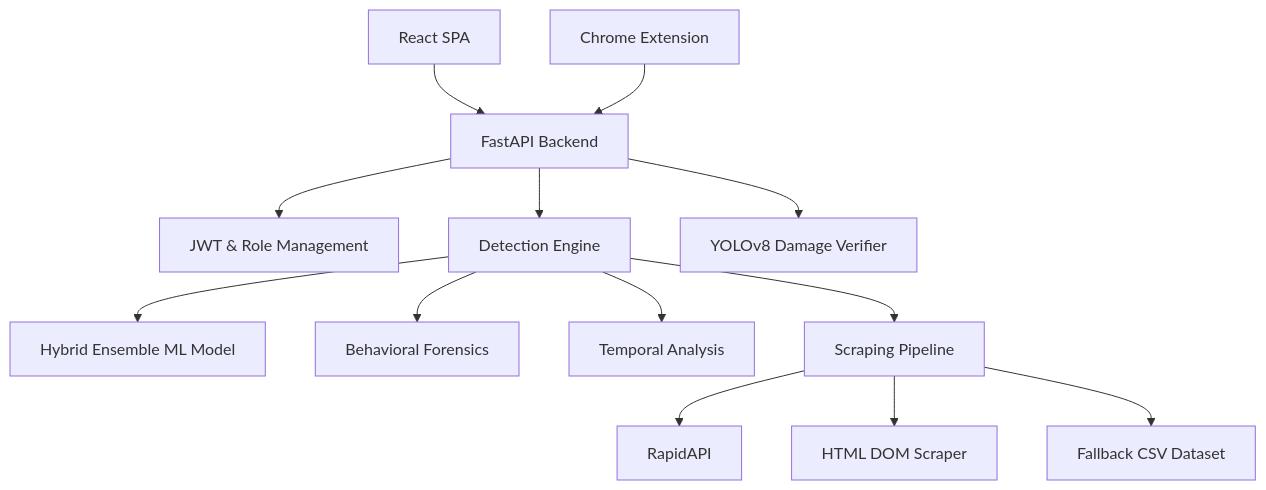
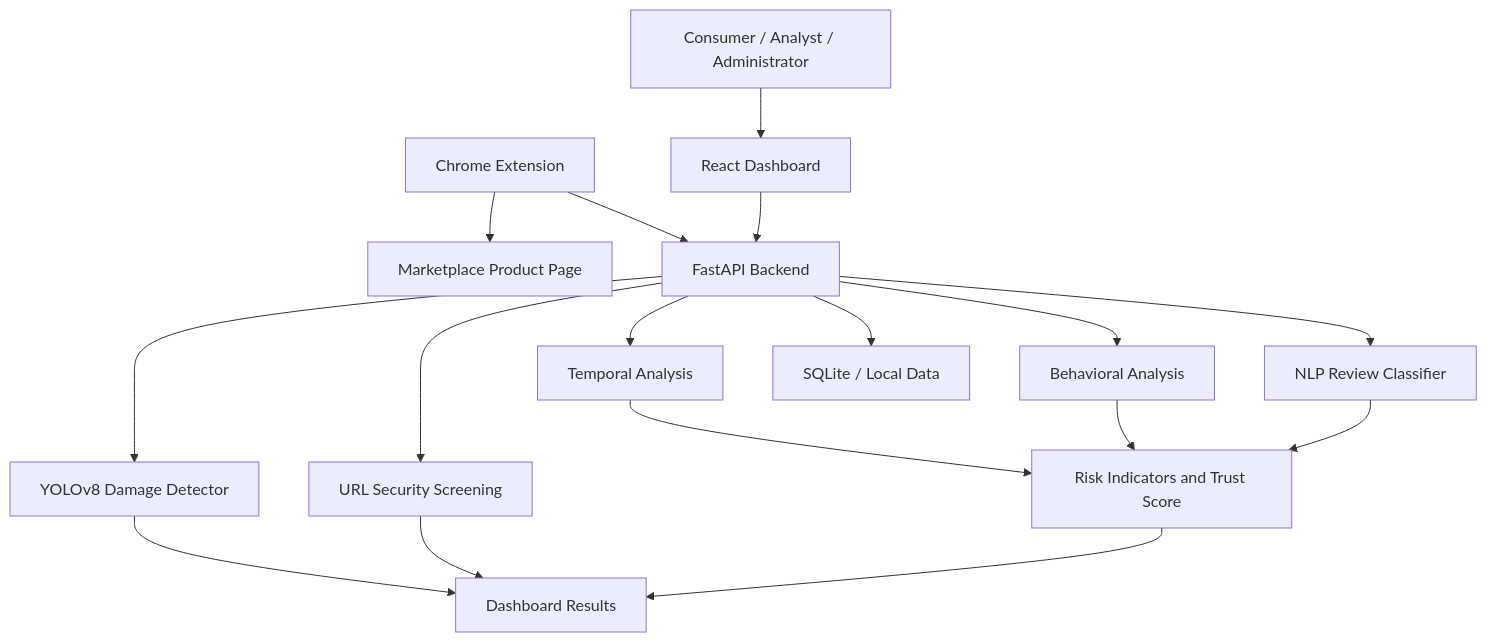
The diagram in README.md (SujalBandre/TrustGuard-AI), drawn with Mermaid before and after one commit. The commit also changed other lines of this file, not shown here.

````diff
--- a/README.md
+++ b/README.md
@@ -33,17 +126,23 @@
 ```mermaid
-graph TD
-    Client[React SPA] --> API[FastAPI Backend]
-    Ext[Chrome Extension] --> API
-    API --> Auth[JWT & Role Management]
-    API --> DetectionEngine[Detection Engine]
-    API --> DamageDetector[YOLOv8 Damage Verifier]
-    
-    DetectionEngine --> NLP[Hybrid Ensemble ML Model]
-    DetectionEngine --> Behavioral[Behavioral Forensics]
-    DetectionEngine --> Temporal[Temporal Analysis]
-    
-    DetectionEngine --> Scraper[Scraping Pipeline]
-    Scraper --> RapidAPI[RapidAPI]
-    Scraper --> Cloudscraper[HTML DOM Scraper]
-    Scraper --> Dataset[Fallback CSV Dataset]
+flowchart TD
+    A[Consumer / Analyst / Administrator] --> B[React Dashboard]
+    C[Chrome Extension] --> D[Marketplace Product Page]
+    B --> E[FastAPI Backend]
+    C --> E
+
+    E --> F[NLP Review Classifier]
+    E --> G[Behavioral Analysis]
+    E --> H[Temporal Analysis]
+    E --> I[URL Security Screening]
+    E --> J[YOLOv8 Damage Detector]
+
+    F --> K[Risk Indicators and Trust Score]
+    G --> K
+    H --> K
+
+    K --> L[Dashboard Results]
+    I --> L
+    J --> L
+
+    E --> M[SQLite / Local Data]
 ```
````
